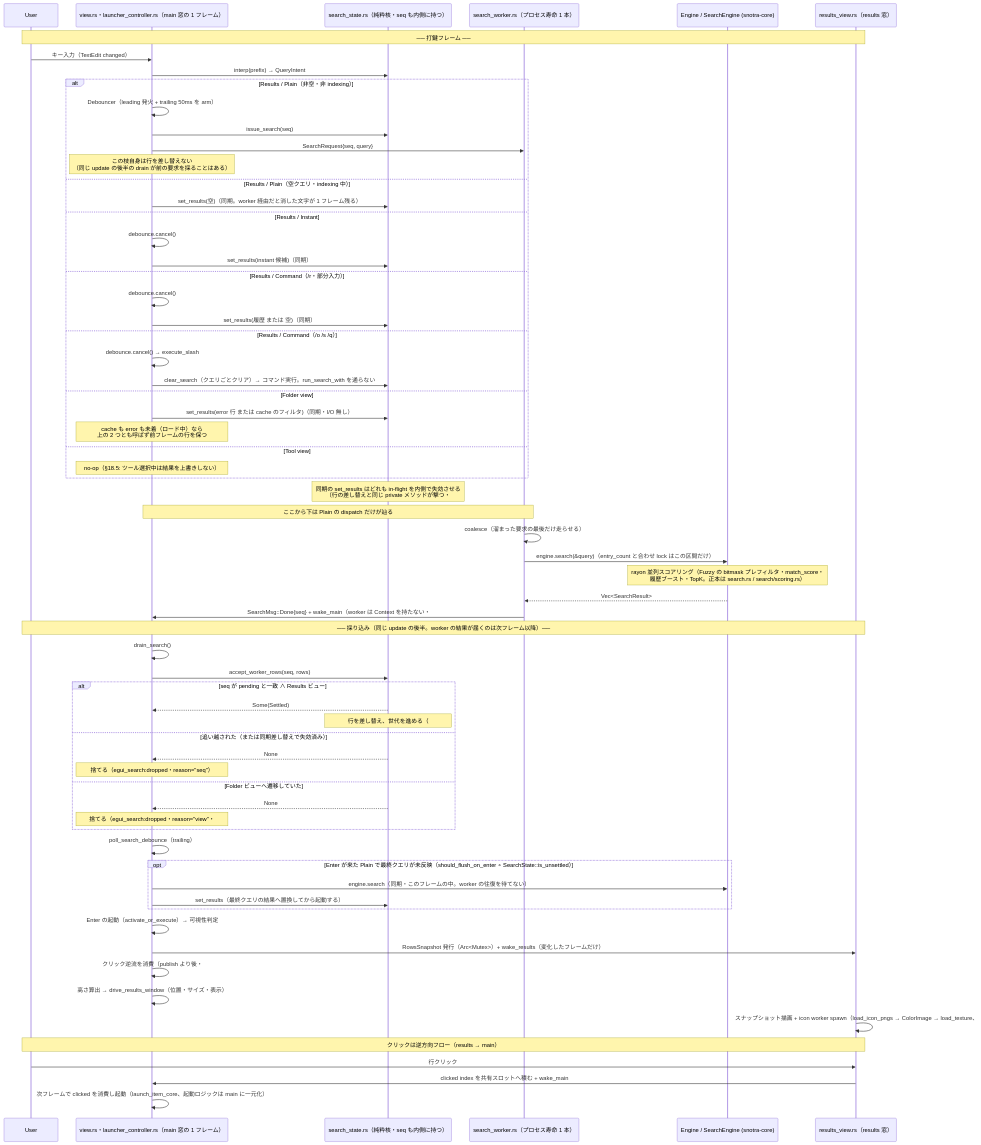
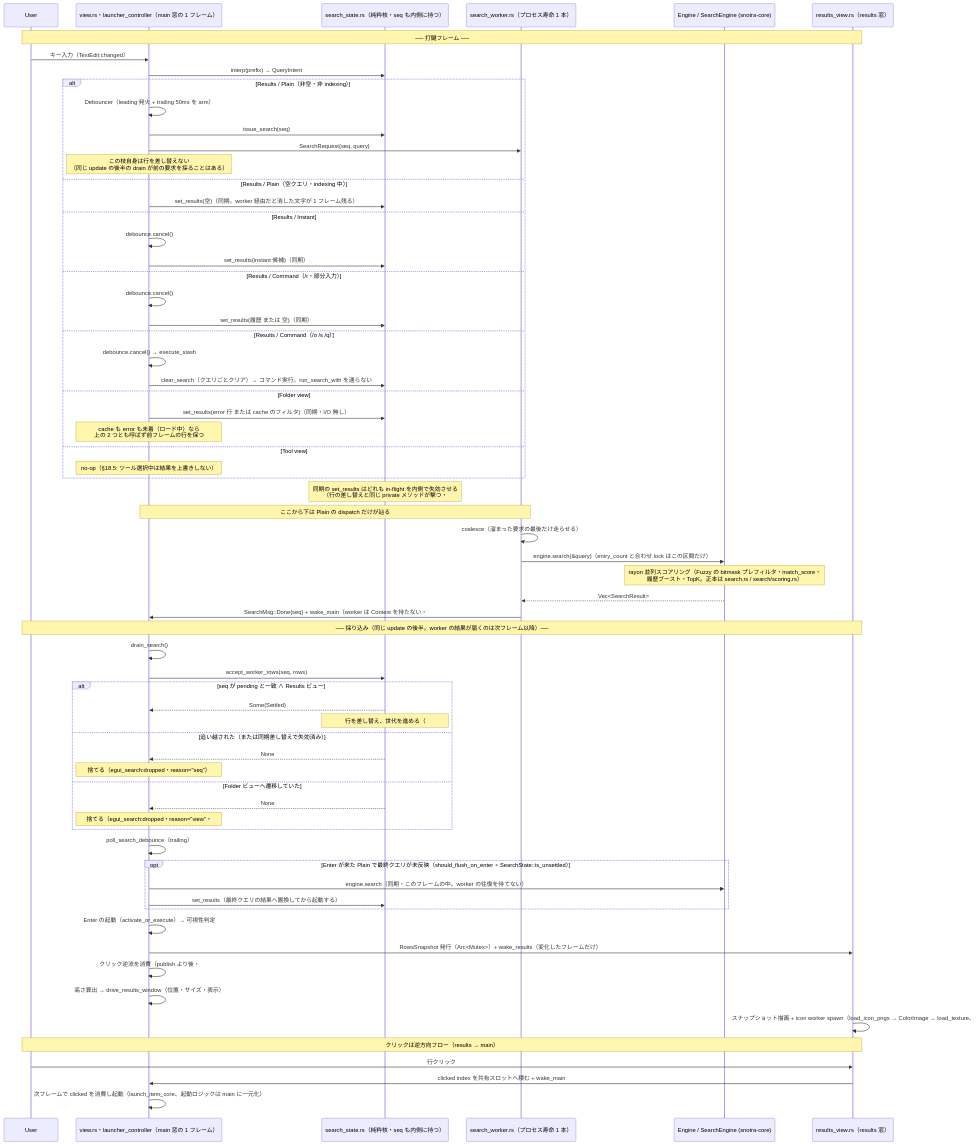
Before and after one commit to finelagusaz/Snotra: the diagram in docs/architecture.md, drawn with Mermaid. The commit also changed other lines of this file and 22 other files, not shown here.

First line of the commit message:
refactor(egui-shell): launcher_controller.rs を責務ごとの子モジュールへ分割する (#1200)

````diff
--- a/docs/architecture.md
+++ b/docs/architecture.md
@@ -153,72 +153,72 @@
 ```mermaid
 sequenceDiagram
     participant User
-    participant View as view.rs・launcher_controller.rs（main 窓の 1 フレーム）
+    participant View as view.rs・launcher_controller（main 窓の 1 フレーム）
     participant State as search_state.rs（純粋核・seq も内側に持つ）
     participant W as search_worker.rs（プロセス寿命 1 本）
     participant Eng as Engine / SearchEngine (snotra-core)
     participant Results as results_view.rs（results 窓）
 
     Note over User,Results: ── 打鍵フレーム ──
     User->>View: キー入力（TextEdit changed）
     View->>State: interp(prefix) → QueryIntent
     alt Results / Plain（非空・非 indexing）
         View->>View: Debouncer（leading 発火 + trailing 50ms を arm）
         View->>State: issue_search(seq)
         View->>W: SearchRequest{seq, query}
         Note over View: この枝自身は行を差し替えない<br/>（同じ update の後半の drain が前の要求を採ることはある）
     else Results / Plain（空クエリ・indexing 中）
         View->>State: set_results(空)（同期。worker 経由だと消した文字が 1 フレーム残る）
     else Results / Instant
         View->>View: debounce.cancel()
         View->>State: set_results(instant 候補)（同期）
     else Results / Command（/r・部分入力）
         View->>View: debounce.cancel()
         View->>State: set_results(履歴 または 空)（同期）
     else Results / Command（/o /s /q）
         View->>View: debounce.cancel() → execute_slash
         View->>State: clear_search（クエリごとクリア）→ コマンド実行。run_search_with を通らない
     else Folder view
         View->>State: set_results(error 行 または cache のフィルタ)（同期・I/O 無し）
         Note over View: cache も error も未着（ロード中）なら<br/>上の 2 つとも呼ばず前フレームの行を保つ
     else Tool view
         Note over View: no-op（§18.5: ツール選択中は結果を上書きしない）
     end
     Note over State: 同期の set_results はどれも in-flight を内側で失効させる<br/>（行の差し替えと同じ private メソッドが撃つ・#1039）
 
     Note over View,W: ここから下は Plain の dispatch だけが辿る
     W->>W: coalesce（溜まった要求の最後だけ走らせる）
     W->>Eng: engine.search(&query)（entry_count と合わせ lock はこの区間だけ）
     Note over Eng: rayon 並列スコアリング（Fuzzy の bitmask プレフィルタ・match_score・<br/>履歴ブースト・TopK。正本は search.rs / search/scoring.rs）
     Eng-->>W: Vec<SearchResult>
     W->>View: SearchMsg::Done{seq} + wake_main（worker は Context を持たない・#671 PR D）
 
     Note over User,Results: ── 採り込み（同じ update の後半。worker の結果が届くのは次フレーム以降）──
     View->>View: drain_search()
     View->>State: accept_worker_rows(seq, rows)
     alt seq が pending と一致 ∧ Results ビュー
         State-->>View: Some(Settled)
         Note over State: 行を差し替え、世代を進める（#699）
     else 追い越された（または同期差し替えで失効済み）
         State-->>View: None
         Note over View: 捨てる（egui_search:dropped・reason="seq"）
     else Folder ビューへ遷移していた
         State-->>View: None
         Note over View: 捨てる（egui_search:dropped・reason="view"・#1039）<br/>Tool も同じガードが弾くが、enter_tool が先に失効させるので到達しない
     end
     View->>View: poll_search_debounce（trailing）
     opt Enter が来た Plain で最終クエリが未反映（should_flush_on_enter ∘ SearchState::is_unsettled）
         View->>Eng: engine.search（同期・このフレームの中。worker の往復を待てない）
         View->>State: set_results（最終クエリの結果へ置換してから起動する）
     end
     View->>View: Enter の起動（activate_or_execute）→ 可視性判定
     View->>Results: RowsSnapshot 発行（Arc<Mutex>）+ wake_results（変化したフレームだけ）
     View->>View: クリック逆流を消費（publish より後・#699）
     View->>View: 高さ算出 → drive_results_window（位置・サイズ・表示）
     Results->>Results: スナップショット描画 + icon worker spawn（load_icon_pngs → ColorImage → load_texture、#646 PR2 で view.rs から移管）
 
     Note over User,Results: クリックは逆方向フロー（results → main）
     User->>Results: 行クリック
     Results->>View: clicked index を共有スロットへ積む + wake_main
     View->>View: 次フレームで clicked を消費し起動（launch_item_core、起動ロジックは main に一元化）
 ```
````
